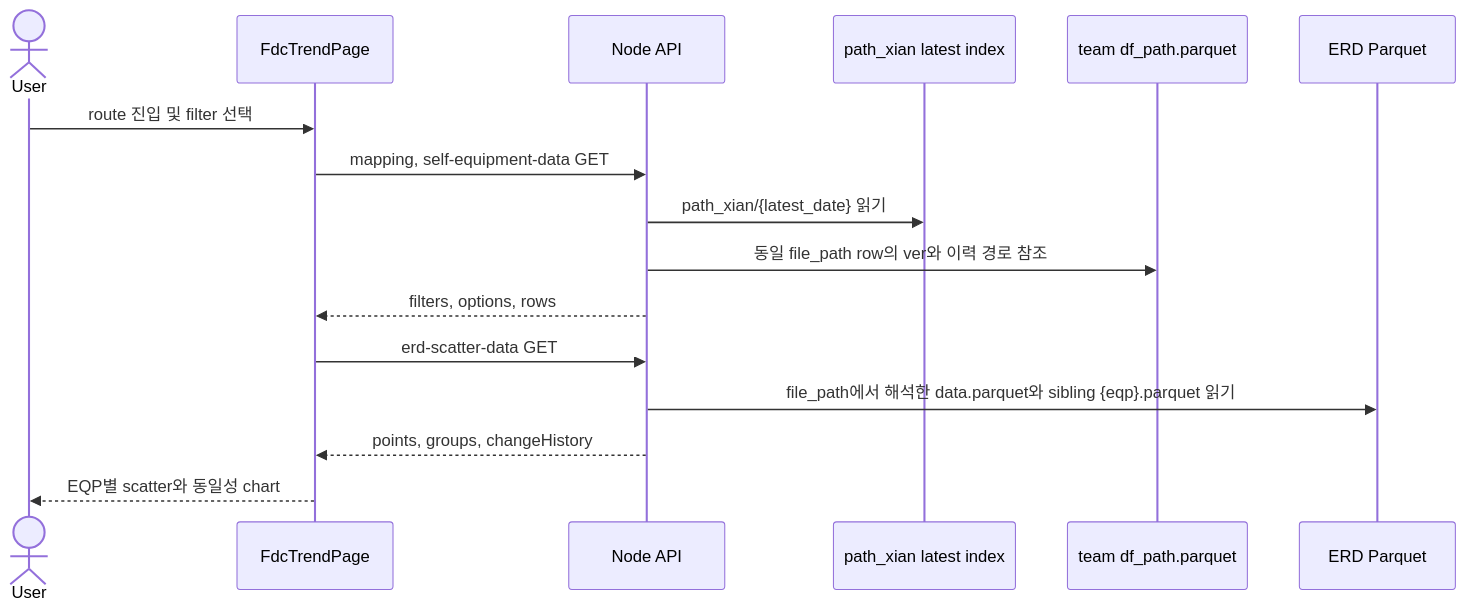
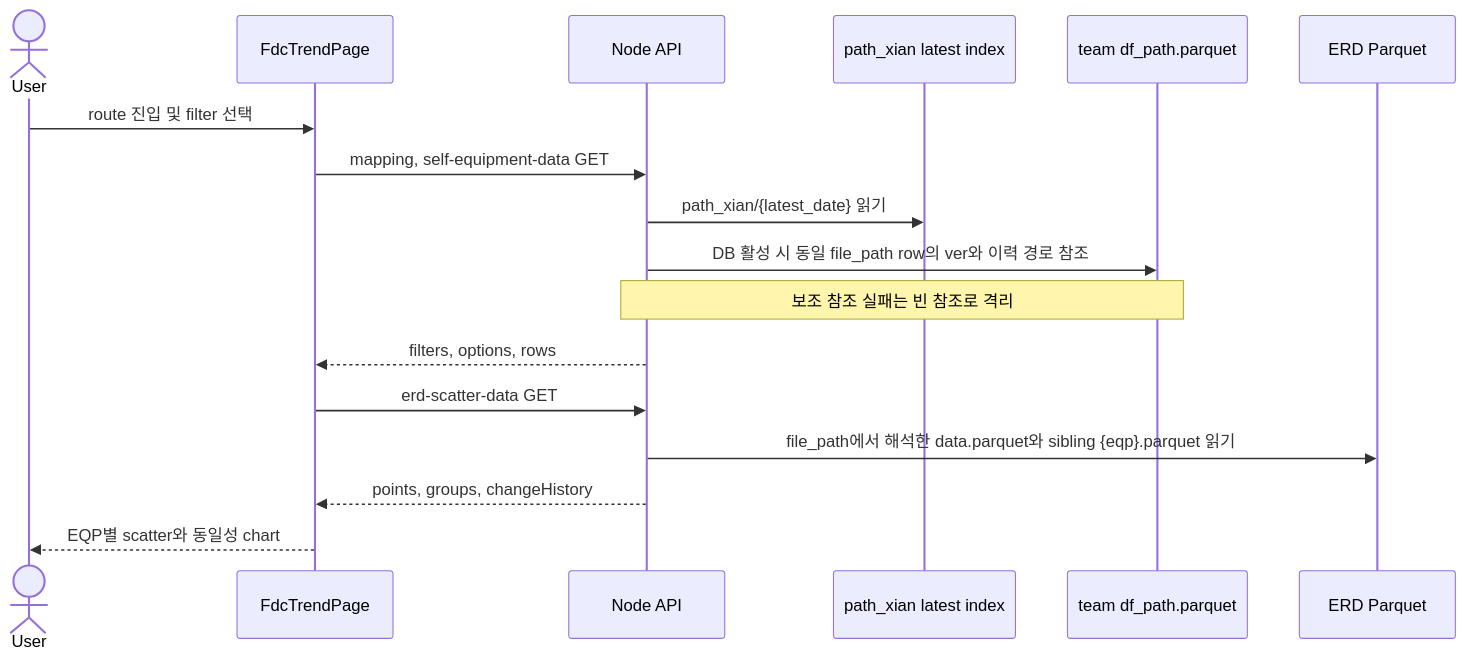
The diagram in docs/features/self-equipment.md (mlbarod/l0_spider_scs), drawn with Mermaid before and after one commit. The commit also changed other lines of this file and 6 other files, not shown here.

````diff
--- a/docs/features/self-equipment.md
+++ b/docs/features/self-equipment.md
@@ -136,18 +139,19 @@
 ```mermaid
 sequenceDiagram
     actor User
     participant Browser as FdcTrendPage
     participant API as Node API
     participant Index as path_xian latest index
     participant Ref as team df_path.parquet
     participant Erd as ERD Parquet
     User->>Browser: route 진입 및 filter 선택
     Browser->>API: mapping, self-equipment-data GET
     API->>Index: path_xian/{latest_date} 읽기
-    API->>Ref: 동일 file_path row의 ver와 이력 경로 참조
+    API->>Ref: DB 활성 시 동일 file_path row의 ver와 이력 경로 참조
+    Note over API,Ref: 보조 참조 실패는 빈 참조로 격리
     API-->>Browser: filters, options, rows
     Browser->>API: erd-scatter-data GET
     API->>Erd: file_path에서 해석한 data.parquet와 sibling {eqp}.parquet 읽기
     API-->>Browser: points, groups, changeHistory
     Browser-->>User: EQP별 scatter와 동일성 chart
 ```
````
